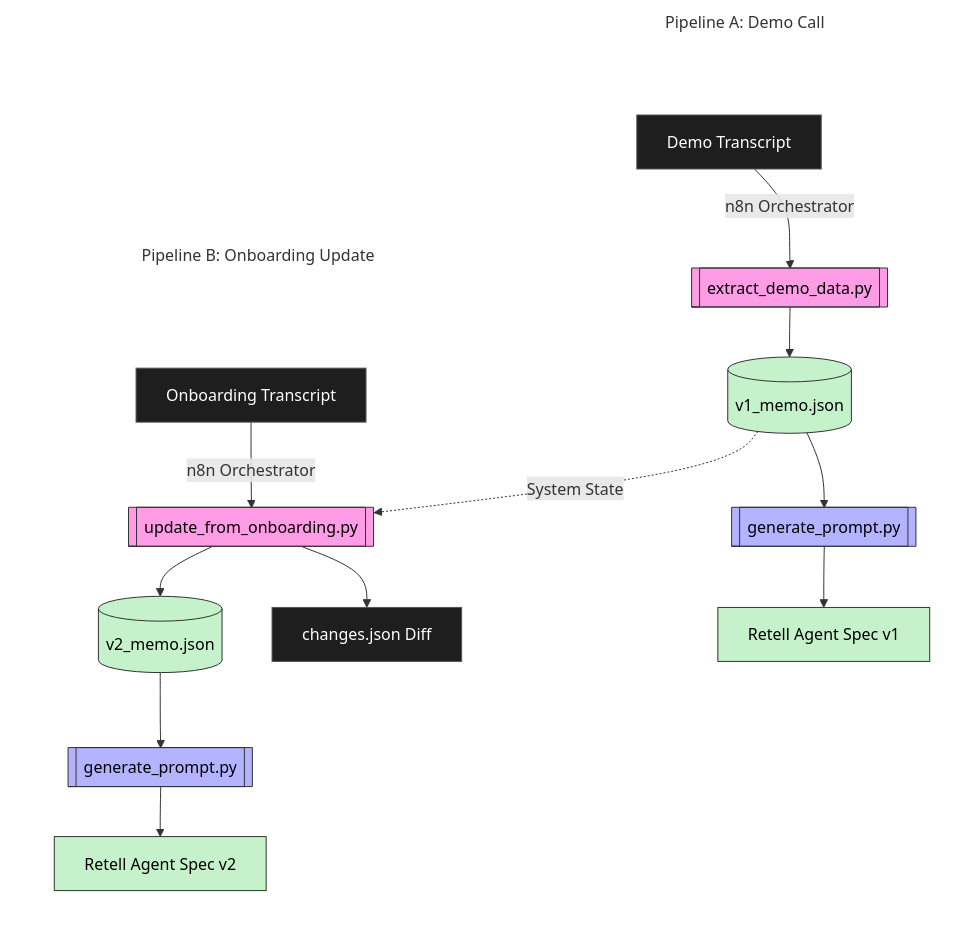
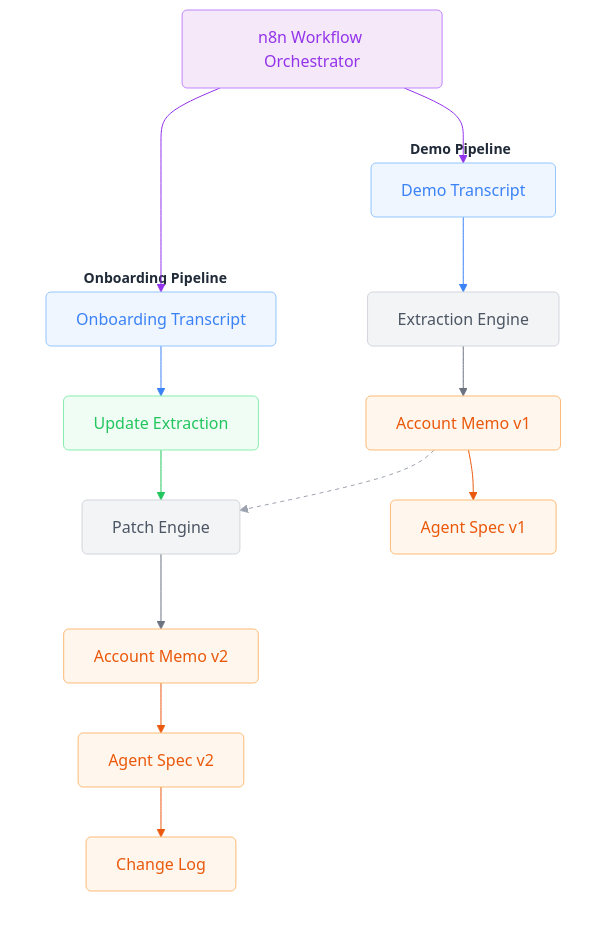
Before and after one commit to Soumik-R/clara-agent-pipeline: the diagram in README.md, drawn with Mermaid.

````diff
--- a/README.md
+++ b/README.md
@@ -37,40 +37,56 @@
 ```mermaid
 graph TD
-    %% Custom Styles inspired by user screenshot
-    classDef darkNode fill:#1E1E1E,stroke:#555,stroke-width:1px,color:#fff;
-    classDef scriptPink fill:#ff9ce6,stroke:#333,stroke-width:1px,color:#000;
-    classDef scriptBlue fill:#b3b3ff,stroke:#333,stroke-width:1px,color:#000;
-    classDef dataGreen fill:#c6f2cb,stroke:#333,stroke-width:1px,color:#000;
-    classDef invis fill:transparent,stroke:transparent,color:transparent;
+    classDef purple fill:#f5e8f9,stroke:#c084fc,stroke-width:1px,color:#9333ea,rx:5px,ry:5px;
+    classDef blue fill:#eff6ff,stroke:#93c5fd,stroke-width:1px,color:#3b82f6,rx:5px,ry:5px;
+    classDef grey fill:#f3f4f6,stroke:#d1d5db,stroke-width:1px,color:#4b5563,rx:5px,ry:5px;
+    classDef green fill:#f0fdf4,stroke:#86efac,stroke-width:1px,color:#22c55e,rx:5px,ry:5px;
+    classDef orange fill:#fff7ed,stroke:#fdba74,stroke-width:1px,color:#ea580c,rx:5px,ry:5px;
 
-    %% Demo Phase Subgraph
-    subgraph DemoPhase ["Pipeline A: Demo Call"]
-        Spacer1[ ]:::invis ~~~ A[Demo Transcript]:::darkNode
-        A -->|n8n Orchestrator| B[[extract_demo_data.py]]:::scriptPink
-        B --> C[(v1_memo.json)]:::dataGreen
-        C --> D[[generate_prompt.py]]:::scriptBlue
-        D --> E[Retell Agent Spec v1]:::dataGreen
+    style DemoPhase fill:transparent,stroke:none,color:#1f2937,font-weight:bold,font-size:14px;
+    style OnboardingPhase fill:transparent,stroke:none,color:#1f2937,font-weight:bold,font-size:14px;
+
+    O[n8n Workflow Orchestrator]:::purple
+
+    subgraph DemoPhase ["Demo Pipeline"]
+        A[Demo Transcript]:::blue
+        B[Extraction Engine]:::grey
+        C[Account Memo v1]:::orange
+        D[Agent Spec v1]:::orange
+
+        A --> B
+        B --> C
+        C --> D
     end
 
-    %% Onboarding Phase Subgraph
-    subgraph OnboardingPhase ["Pipeline B: Onboarding Update"]
-        Spacer2[ ]:::invis ~~~ F[Onboarding Transcript]:::darkNode
-        F -->|n8n Orchestrator| G[[update_from_onboarding.py]]:::scriptPink
-        G --> H[(v2_memo.json)]:::dataGreen
-        G --> I[changes.json Diff]:::darkNode
-        H --> J[[generate_prompt.py]]:::scriptBlue
-        J --> K[Retell Agent Spec v2]:::dataGreen
+    subgraph OnboardingPhase ["Onboarding Pipeline"]
+        E[Onboarding Transcript]:::blue
+        F[Update Extraction]:::green
+        G[Patch Engine]:::grey
+        H[Account Memo v2]:::orange
+        I[Agent Spec v2]:::orange
+        J[Change Log]:::orange
+
+        E --> F
+        F --> G
+        G --> H
+        H --> I
+        I --> J
     end
+
+    O --> A
+    O --> E
     
-    %% Force side-by-side layout naturally
-    DemoPhase ~~~ OnboardingPhase
-    Spacer1 ~~~ Spacer2
-    A ~~~ F
-    
-    %% Cross-pipeline state connection
-    C -. "System State" .-> G
-    
-    %% Make Subgraph Backgrounds Transparent
-    style DemoPhase fill:transparent,stroke:transparent;
-    style OnboardingPhase fill:transparent,stroke:transparent;
+    C -.-> G
+
+    linkStyle 0 stroke:#3b82f6,stroke-width:1px;
+    linkStyle 1 stroke:#6b7280,stroke-width:1px;
+    linkStyle 2 stroke:#ea580c,stroke-width:1px;
+    linkStyle 3 stroke:#3b82f6,stroke-width:1px;
+    linkStyle 4 stroke:#22c55e,stroke-width:1px;
+    linkStyle 5 stroke:#6b7280,stroke-width:1px;
+    linkStyle 6 stroke:#ea580c,stroke-width:1px;
+    linkStyle 7 stroke:#ea580c,stroke-width:1px;
+    linkStyle 8 stroke:#9333ea,stroke-width:1px;
+    linkStyle 9 stroke:#9333ea,stroke-width:1px;
+    linkStyle 10 stroke:#9ca3af,stroke-width:1px,stroke-dasharray: 4 4;
 ```
````
